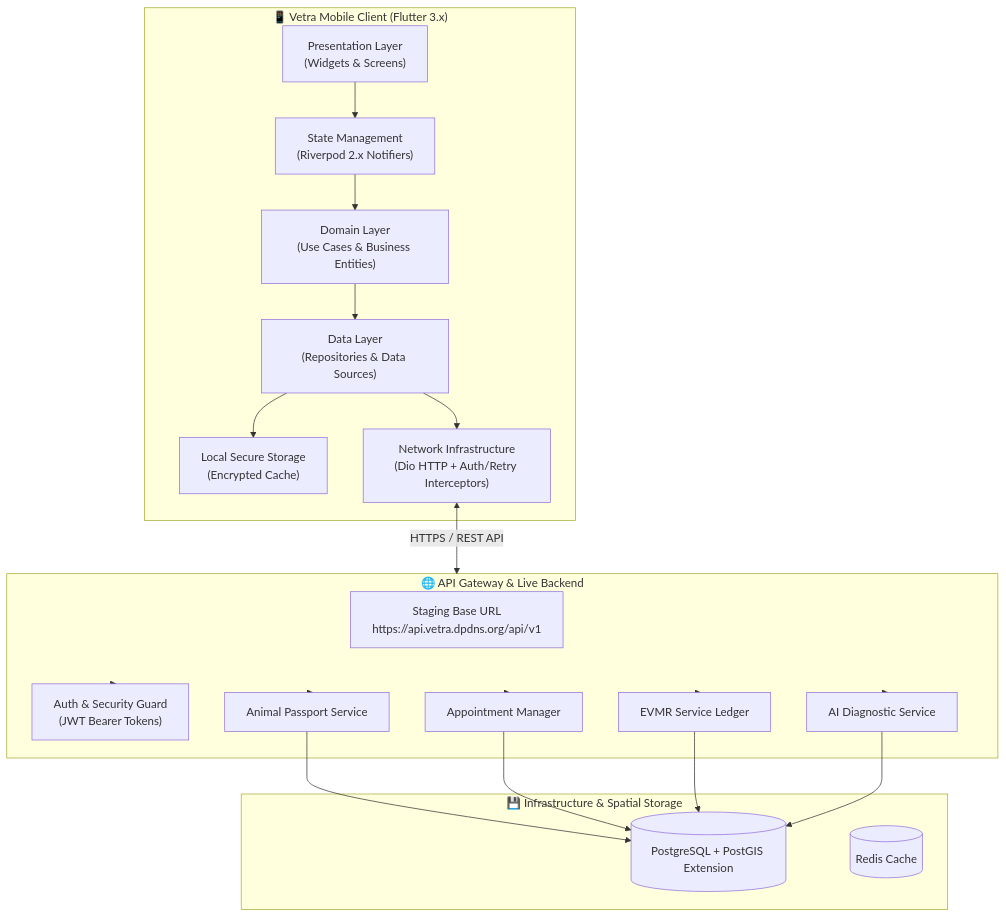
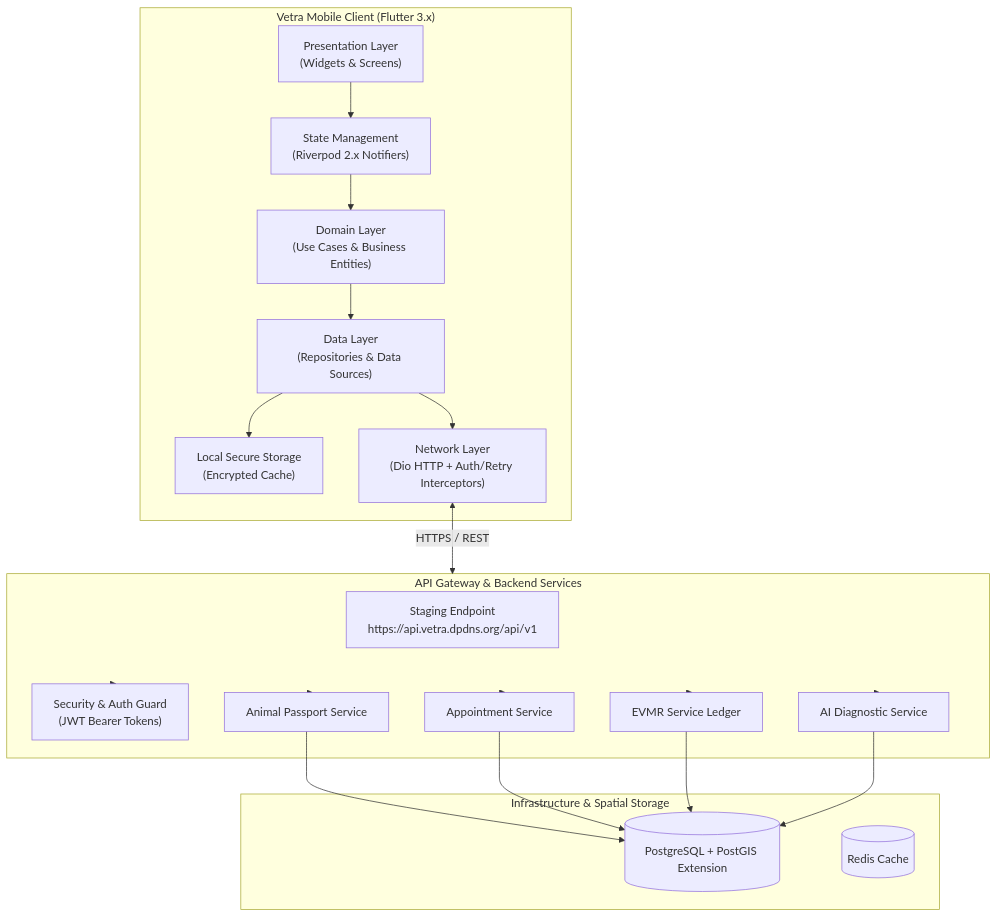
The first of 2 diagrams in README.md (omrajput14/vetra), drawn with Mermaid before and after one commit. The commit also changed other lines of this file, not shown here.

````diff
--- a/README.md
+++ b/README.md
@@ -71,41 +67,41 @@
 ```mermaid
 flowchart TD
-    subgraph Client ["📱 Vetra Mobile Client (Flutter 3.x)"]
+    subgraph Client ["Vetra Mobile Client (Flutter 3.x)"]
         UI["Presentation Layer\n(Widgets & Screens)"]
         Riverpod["State Management\n(Riverpod 2.x Notifiers)"]
         UseCase["Domain Layer\n(Use Cases & Business Entities)"]
         Repo["Data Layer\n(Repositories & Data Sources)"]
         Storage["Local Secure Storage\n(Encrypted Cache)"]
-        Network["Network Infrastructure\n(Dio HTTP + Auth/Retry Interceptors)"]
+        Network["Network Layer\n(Dio HTTP + Auth/Retry Interceptors)"]
     end
 
-    subgraph Gateway ["🌐 API Gateway & Live Backend"]
-        Staging["Staging Base URL\nhttps://api.vetra.dpdns.org/api/v1"]
-        AuthSvc["Auth & Security Guard\n(JWT Bearer Tokens)"]
+    subgraph Gateway ["API Gateway & Backend Services"]
+        Staging["Staging Endpoint\nhttps://api.vetra.dpdns.org/api/v1"]
+        AuthSvc["Security & Auth Guard\n(JWT Bearer Tokens)"]
         AnimalSvc["Animal Passport Service"]
-        ApptSvc["Appointment Manager"]
+        ApptSvc["Appointment Service"]
         EVMRSvc["EVMR Service Ledger"]
         AISvc["AI Diagnostic Service"]
     end
 
-    subgraph Persistence ["💾 Infrastructure & Spatial Storage"]
+    subgraph Persistence ["Infrastructure & Spatial Storage"]
         DB[(PostgreSQL + PostGIS Extension)]
         Redis[(Redis Cache)]
     end
 
     UI --> Riverpod
     Riverpod --> UseCase
     UseCase --> Repo
     Repo --> Storage
     Repo --> Network
-    Network <-->|HTTPS / REST API| Gateway
+    Network <-->|HTTPS / REST| Gateway
     Gateway --> AuthSvc
     Gateway --> AnimalSvc
     Gateway --> ApptSvc
     Gateway --> EVMRSvc
     Gateway --> AISvc
     AnimalSvc --> DB
     ApptSvc --> DB
     EVMRSvc --> DB
     AISvc --> DB
 ```
````
